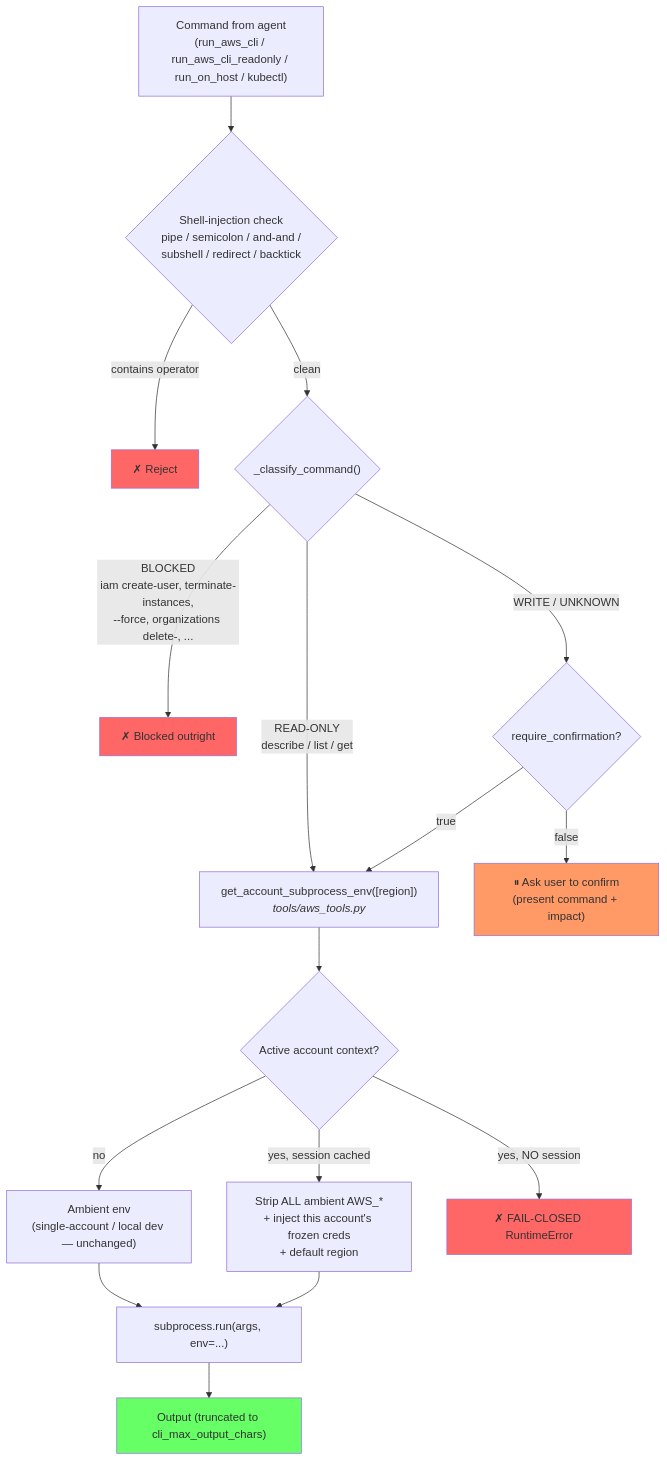
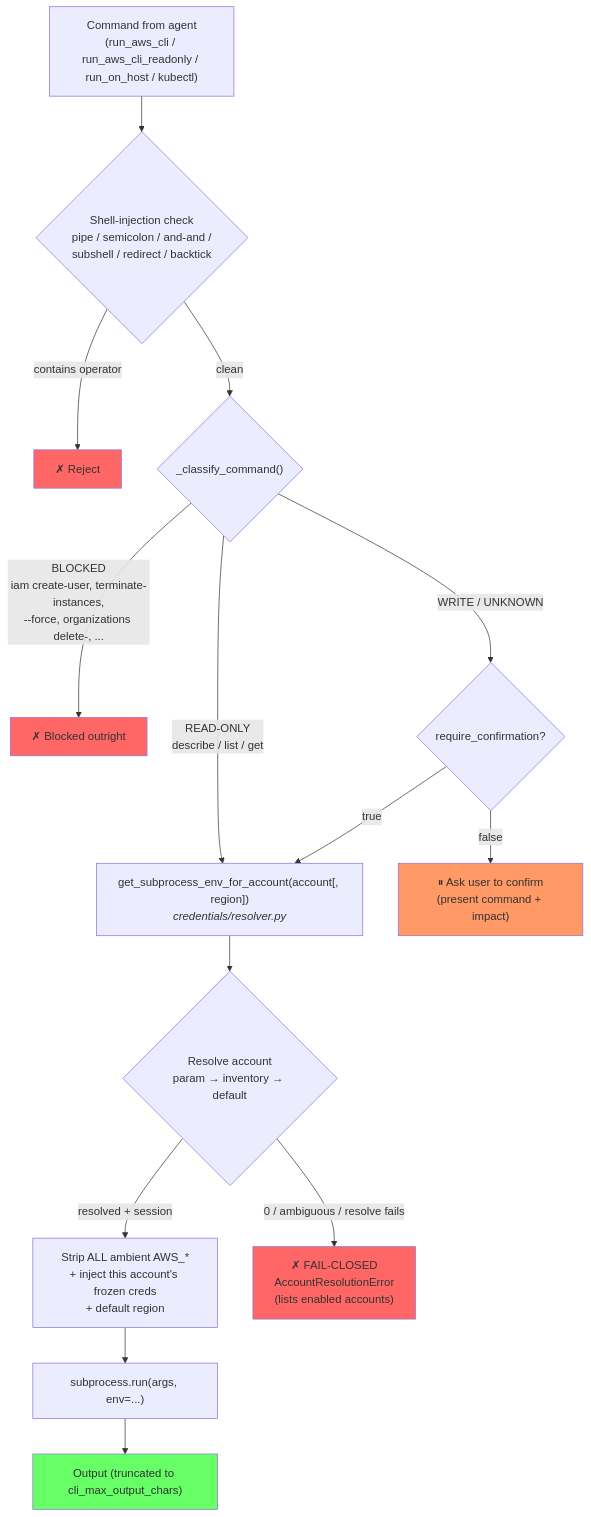
Before and after one commit to LiboMa/agenticops-chat: the third of 15 diagrams in docs/WORKFLOW.md, drawn with Mermaid. The commit also changed other lines of this file and 34 other files, not shown here.

````diff
--- a/docs/WORKFLOW.md
+++ b/docs/WORKFLOW.md
@@ -172,28 +171,26 @@
 ```mermaid
 flowchart TD
     CMD["Command from agent<br/>(run_aws_cli / run_aws_cli_readonly / run_on_host / kubectl)"] --> SHELL{"Shell-injection check<br/>pipe / semicolon / and-and /<br/>subshell / redirect / backtick"}
     SHELL -->|"contains operator"| REJ1["✗ Reject"]
     SHELL -->|"clean"| TIER{"_classify_command()"}
 
     TIER -->|"BLOCKED<br/>iam create-user, terminate-instances,<br/>--force, organizations delete-, ..."| REJ2["✗ Blocked outright"]
     TIER -->|"WRITE / UNKNOWN"| CONF{"require_confirmation?"}
     TIER -->|"READ-ONLY<br/>describe / list / get"| ENV
 
     CONF -->|"false"| PAUSE["⏸ Ask user to confirm<br/>(present command + impact)"]
     CONF -->|"true"| ENV
 
-    ENV["get_account_subprocess_env([region])<br/><i>tools/aws_tools.py</i>"] --> ACTX{"Active account context?"}
-    ACTX -->|"no"| AMBIENT["Ambient env<br/>(single-account / local dev — unchanged)"]
-    ACTX -->|"yes, session cached"| INJECT["Strip ALL ambient AWS_*<br/>+ inject this account's frozen creds<br/>+ default region"]
-    ACTX -->|"yes, NO session"| REJ3["✗ FAIL-CLOSED RuntimeError"]
+    ENV["get_subprocess_env_for_account(account[, region])<br/><i>credentials/resolver.py</i>"] --> RESOLVE{"Resolve account<br/>param → inventory → default"}
+    RESOLVE -->|"resolved + session"| INJECT["Strip ALL ambient AWS_*<br/>+ inject this account's frozen creds<br/>+ default region"]
+    RESOLVE -->|"0 / ambiguous / resolve fails"| REJ3["✗ FAIL-CLOSED<br/>AccountResolutionError<br/>(lists enabled accounts)"]
 
-    AMBIENT --> RUN["subprocess.run(args, env=...)"]
-    INJECT --> RUN
+    INJECT --> RUN["subprocess.run(args, env=...)"]
     RUN --> OUT["Output (truncated to cli_max_output_chars)"]
 
     style REJ1 fill:#f66
     style REJ2 fill:#f66
     style REJ3 fill:#f66
     style PAUSE fill:#f96
     style OUT fill:#6f6
 ```
````
